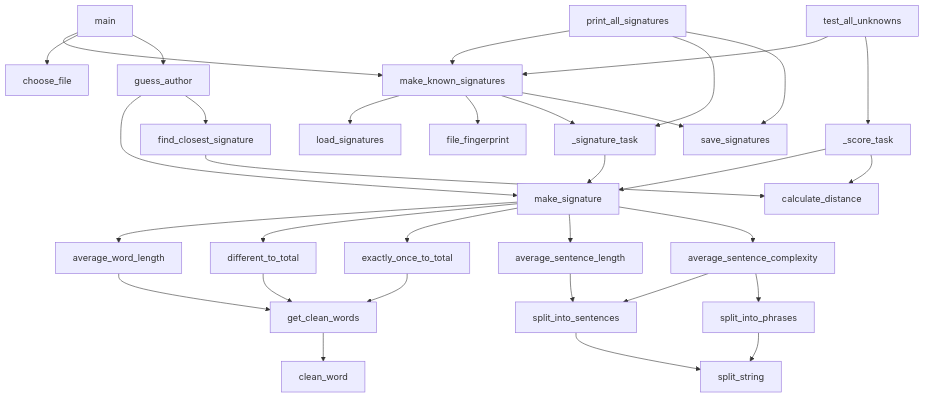
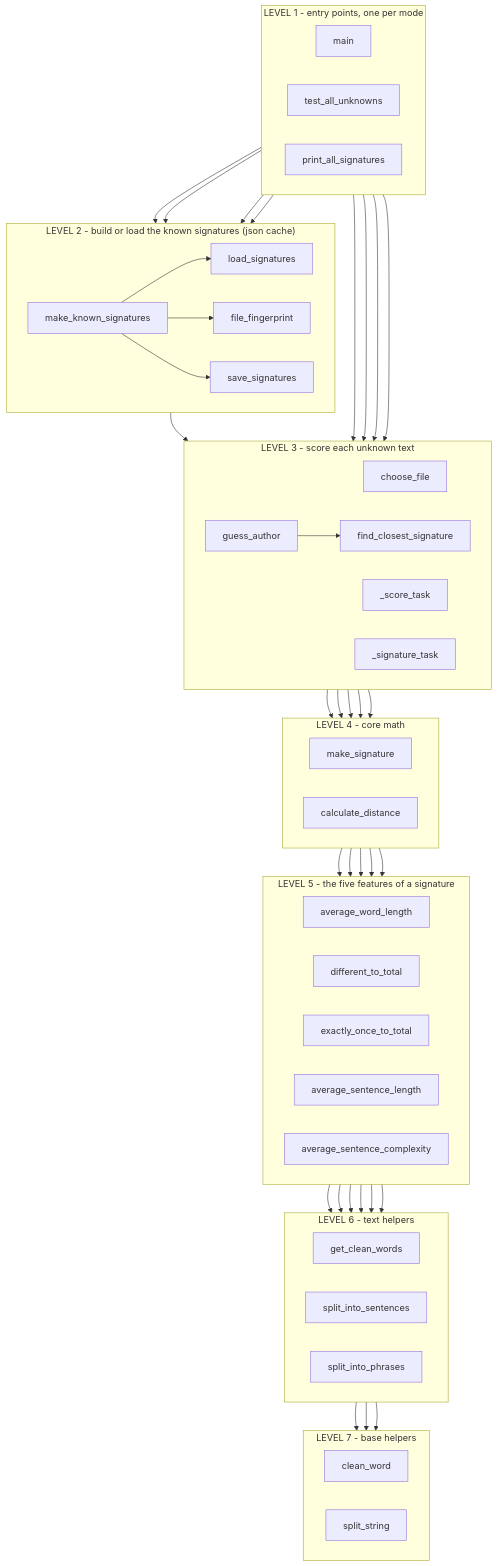
The diagram in function-flow.md (AidanColvin/style-distance), drawn with Mermaid before and after one commit. The commit also changed other lines of this file, not shown here.

Commit message:
Refactor function flow diagram to enhance clarity and organization of the authorship identification program

````diff
--- a/function-flow.md
+++ b/function-flow.md
@@ -3,35 +2,65 @@
 ```mermaid
 flowchart TD
-    %% Functions
-    main
-    test_all_unknowns
-    print_all_signatures
+    %% ---------- LEVEL 1: the three modes ----------
+    subgraph L1 ["LEVEL 1 - entry points, one per mode"]
+        direction LR
+        main
+        test_all_unknowns
+        print_all_signatures
+    end
 
-    choose_file
-    guess_author
-    make_known_signatures
-    find_closest_signature
-    make_signature
-    calculate_distance
+    %% ---------- LEVEL 2: known signatures + json cache ----------
+    subgraph L2 ["LEVEL 2 - build or load the known signatures (json cache)"]
+        direction LR
+        make_known_signatures
+        load_signatures
+        file_fingerprint
+        save_signatures
+    end
 
-    save_signatures
-    load_signatures
-    file_fingerprint
-    _signature_task
-    _score_task
+    %% ---------- LEVEL 3: score the unknown texts ----------
+    subgraph L3 ["LEVEL 3 - score each unknown text"]
+        direction LR
+        choose_file
+        guess_author
+        _score_task
+        _signature_task
+        find_closest_signature
+    end
 
-    average_word_length
-    different_to_total
-    exactly_once_to_total
-    average_sentence_length
-    average_sentence_complexity
+    %% ---------- LEVEL 4: the core math ----------
+    subgraph L4 ["LEVEL 4 - core math"]
+        direction LR
+        make_signature
+        calculate_distance
+    end
 
-    get_clean_words
-    split_into_sentences
-    split_into_phrases
-    clean_word
-    split_string
-    %% Calls
+    %% ---------- LEVEL 5: the five signature features ----------
+    subgraph L5 ["LEVEL 5 - the five features of a signature"]
+        direction LR
+        average_word_length
+        different_to_total
+        exactly_once_to_total
+        average_sentence_length
+        average_sentence_complexity
+    end
+
+    %% ---------- LEVEL 6: text splitting helpers ----------
+    subgraph L6 ["LEVEL 6 - text helpers"]
+        direction LR
+        get_clean_words
+        split_into_sentences
+        split_into_phrases
+    end
+
+    %% ---------- LEVEL 7: base helpers ----------
+    subgraph L7 ["LEVEL 7 - base helpers"]
+        direction LR
+        clean_word
+        split_string
+    end
+
+    %% ---------- calls: level 1 down ----------
     main --> make_known_signatures
     main --> choose_file
     main --> guess_author
@@ -43,35 +72,37 @@
     print_all_signatures --> _signature_task
     print_all_signatures --> save_signatures
 
+    %% ---------- calls: level 2 down ----------
     make_known_signatures --> load_signatures
     make_known_signatures --> file_fingerprint
+    make_known_signatures --> save_signatures
     make_known_signatures --> _signature_task
-    make_known_signatures --> save_signatures
 
+    %% ---------- calls: level 3 down ----------
     guess_author --> make_signature
     guess_author --> find_closest_signature
-
-    _signature_task --> make_signature
     _score_task --> make_signature
     _score_task --> calculate_distance
-
+    _signature_task --> make_signature
     find_closest_signature --> calculate_distance
 
+    %% ---------- calls: level 4 down ----------
     make_signature --> average_word_length
     make_signature --> different_to_total
     make_signature --> exactly_once_to_total
     make_signature --> average_sentence_length
     make_signature --> average_sentence_complexity
 
+    %% ---------- calls: level 5 down ----------
     average_word_length --> get_clean_words
     different_to_total --> get_clean_words
     exactly_once_to_total --> get_clean_words
-    get_clean_words --> clean_word
-
     average_sentence_length --> split_into_sentences
     average_sentence_complexity --> split_into_sentences
     average_sentence_complexity --> split_into_phrases
 
+    %% ---------- calls: level 6 down ----------
+    get_clean_words --> clean_word
     split_into_sentences --> split_string
     split_into_phrases --> split_string
 ```
````
